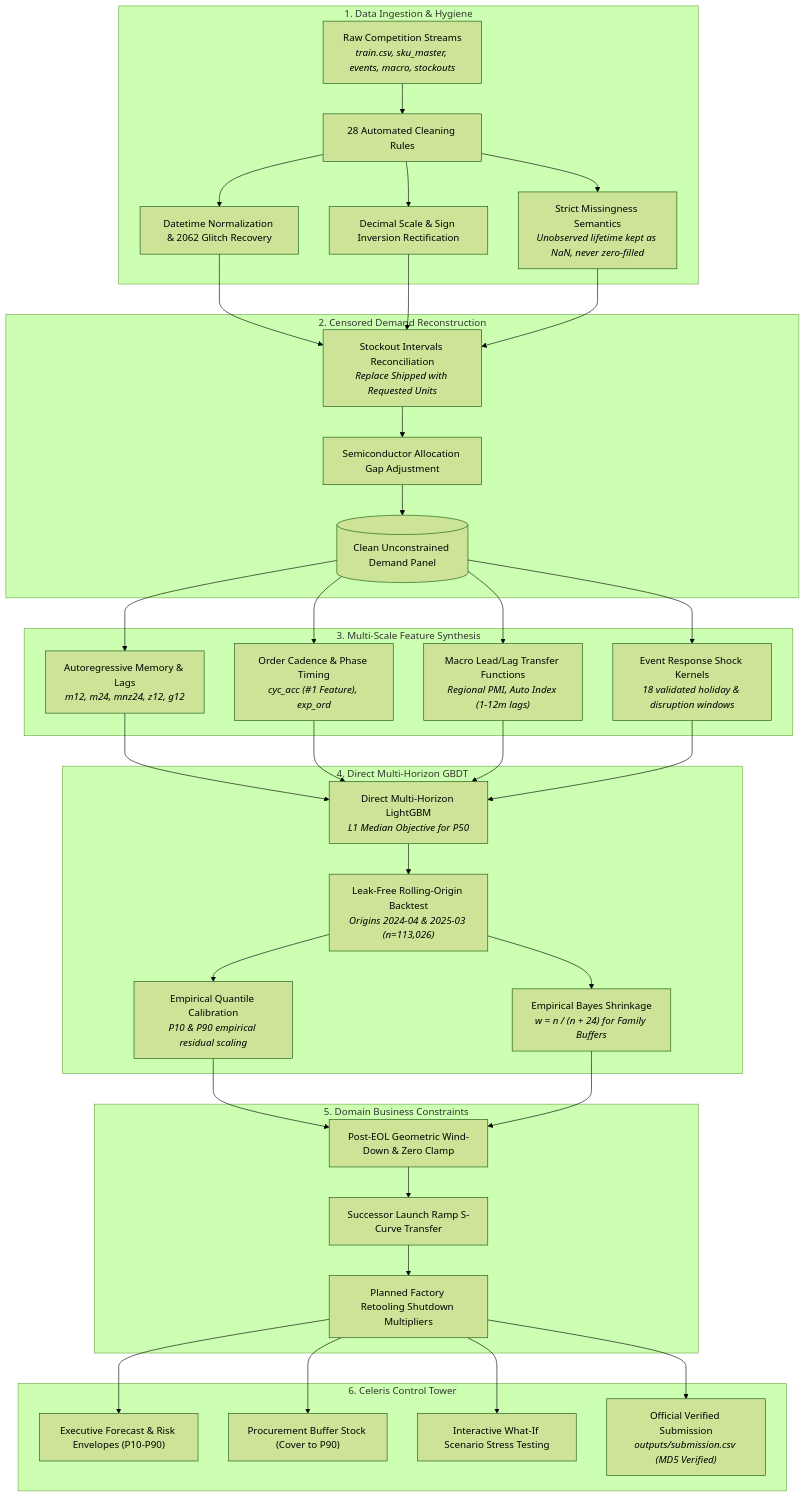
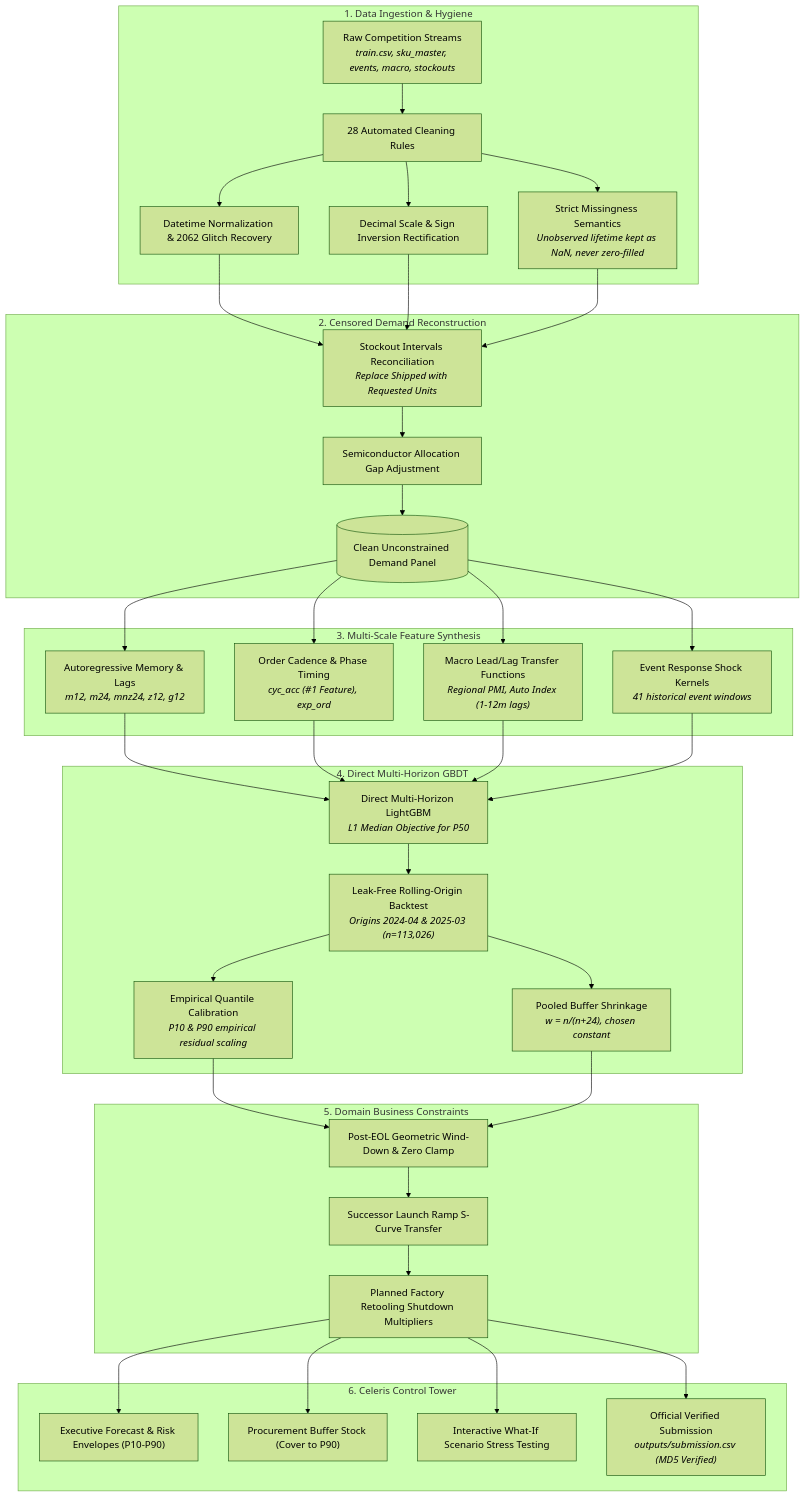
The diagram in README.md (ankit-cybertron/Celeris), drawn with Mermaid (forest theme) before and after one commit. The commit also changed other lines of this file and 6 other files, not shown here.

Commit message:
docs(polish): clarify shrinkage/coverage wording, update event count, add SVG favicon

````diff
--- a/README.md
+++ b/README.md
@@ -42,42 +42,42 @@
 ```mermaid
 flowchart TD
     subgraph S1["1. Data Ingestion & Hygiene"]
         R1["Raw Competition Streams<br/><i>train.csv, sku_master, events, macro, stockouts</i>"] --> C1["28 Automated Cleaning Rules"]
         C1 --> C2["Datetime Normalization & 2062 Glitch Recovery"]
         C1 --> C3["Decimal Scale & Sign Inversion Rectification"]
         C1 --> C4["Strict Missingness Semantics<br/><i>Unobserved lifetime kept as NaN, never zero-filled</i>"]
     end
 
     subgraph S2["2. Censored Demand Reconstruction"]
         C2 & C3 & C4 --> U1["Stockout Intervals Reconciliation<br/><i>Replace Shipped with Requested Units</i>"]
         U1 --> U2["Semiconductor Allocation Gap Adjustment"]
         U2 --> D_PANEL[("Clean Unconstrained Demand Panel")]
     end
 
     subgraph S3["3. Multi-Scale Feature Synthesis"]
         D_PANEL --> F1["Autoregressive Memory & Lags<br/><i>m12, m24, mnz24, z12, g12</i>"]
         D_PANEL --> F2["Order Cadence & Phase Timing<br/><i>cyc_acc (#1 Feature), exp_ord</i>"]
         D_PANEL --> F3["Macro Lead/Lag Transfer Functions<br/><i>Regional PMI, Auto Index (1-12m lags)</i>"]
-        D_PANEL --> F4["Event Response Shock Kernels<br/><i>18 validated holiday & disruption windows</i>"]
+        D_PANEL --> F4["Event Response Shock Kernels<br/><i>41 historical event windows</i>"]
     end
 
     subgraph S4["4. Direct Multi-Horizon GBDT"]
         F1 & F2 & F3 & F4 --> M1["Direct Multi-Horizon LightGBM<br/><i>L1 Median Objective for P50</i>"]
         M1 --> CV["Leak-Free Rolling-Origin Backtest<br/><i>Origins 2024-04 & 2025-03 (n=113,026)</i>"]
         CV --> CALIB["Empirical Quantile Calibration<br/><i>P10 & P90 empirical residual scaling</i>"]
-        CV --> SHRINK["Empirical Bayes Shrinkage<br/><i>w = n / (n + 24) for Family Buffers</i>"]
+        CV --> SHRINK["Pooled Buffer Shrinkage<br/><i>w = n/(n+24), chosen constant</i>"]
     end
 
     subgraph S5["5. Domain Business Constraints"]
         CALIB & SHRINK --> B1["Post-EOL Geometric Wind-Down & Zero Clamp"]
         B1 --> B2["Successor Launch Ramp S-Curve Transfer"]
         B2 --> B3["Planned Factory Retooling Shutdown Multipliers"]
     end
 
     subgraph S6["6. Celeris Control Tower"]
         B3 --> CT1["Executive Forecast & Risk Envelopes (P10-P90)"]
         B3 --> CT2["Procurement Buffer Stock (Cover to P90)"]
         B3 --> CT3["Interactive What-If Scenario Stress Testing"]
         B3 --> SUBMIT["Official Verified Submission<br/><i>outputs/submission.csv (MD5 Verified)</i>"]
     end
 ```
````
